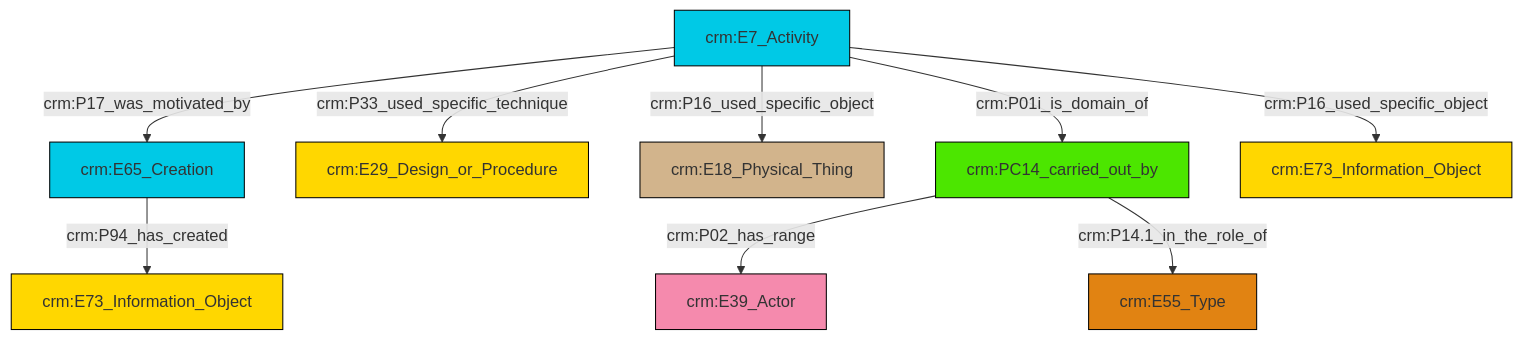
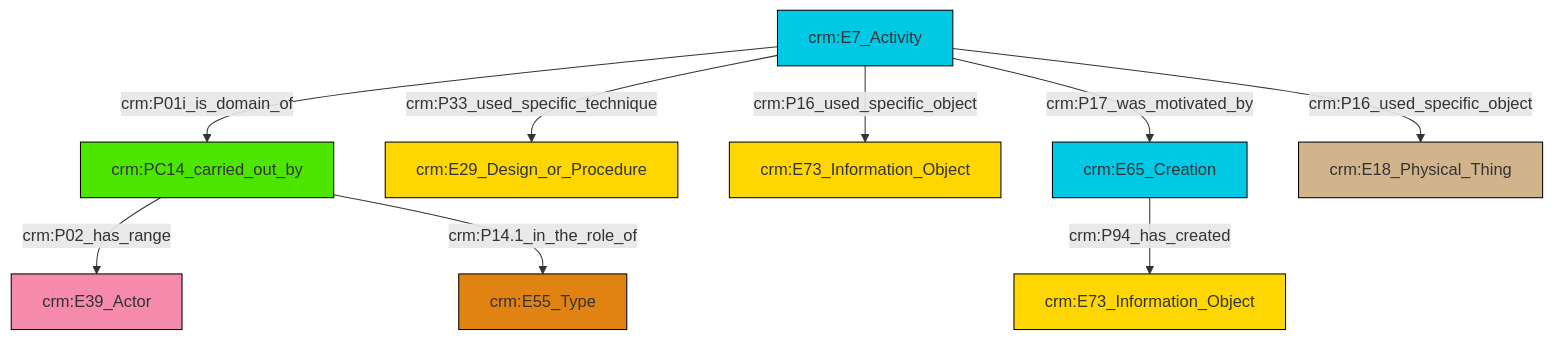
One commit to swiss-art-research-net/reference-data-models changed the diagram in et/eventCSV/ttl/mmd/event_participation.ttl.mmd. Above: the diagram before and after it, drawn with Mermaid. The commit also changed 129 other files, not shown here.

```diff
--- a/et/eventCSV/ttl/mmd/event_participation.ttl.mmd
+++ b/et/eventCSV/ttl/mmd/event_participation.ttl.mmd
@@ -1,23 +1,23 @@
 graph TD
 classDef Literal fill:#f2f2f2,stroke:#000000;
 classDef CRM_Entity fill:#FFFFFF,stroke:#000000;
 classDef Temporal_Entity fill:#00C9E6, stroke:#000000;
 classDef Type fill:#E18312, stroke:#000000;
 classDef Time-Span fill:#2C9C91, stroke:#000000;
 classDef Appellation fill:#FFEB7F, stroke:#000000;
 classDef Place fill:#008836, stroke:#000000;
 classDef Persistent_Item fill:#B266B2, stroke:#000000;
 classDef Conceptual_Object fill:#FFD700, stroke:#000000;
 classDef Physical_Thing fill:#D2B48C, stroke:#000000;
 classDef Actor fill:#f58aad, stroke:#000000;
 classDef PC_Classes fill:#4ce600, stroke:#000000;
 classDef Multi fill:#cccccc,stroke:#000000;
 
-0["crm:PC14_carried_out_by"]:::PC_Classes -->|crm:P02_has_range| 1["crm:E39_Actor"]:::Actor
-0["crm:PC14_carried_out_by"]:::PC_Classes -->|crm:P14.1_in_the_role_of| 2["crm:E55_Type"]:::Type
-6["crm:E7_Activity"]:::Temporal_Entity -->|crm:P16_used_specific_object| 7["crm:E18_Physical_Thing"]:::Physical_Thing
-6["crm:E7_Activity"]:::Temporal_Entity -->|crm:P17_was_motivated_by| 9["crm:E65_Creation"]:::Temporal_Entity
-6["crm:E7_Activity"]:::Temporal_Entity -->|crm:P33_used_specific_technique| 3["crm:E29_Design_or_Procedure"]:::Conceptual_Object
-6["crm:E7_Activity"]:::Temporal_Entity -->|crm:P01i_is_domain_of| 0["crm:PC14_carried_out_by"]:::PC_Classes
-9["crm:E65_Creation"]:::Temporal_Entity -->|crm:P94_has_created| 13["crm:E73_Information_Object"]:::Conceptual_Object
-6["crm:E7_Activity"]:::Temporal_Entity -->|crm:P16_used_specific_object| 11["crm:E73_Information_Object"]:::Conceptual_Object
+0["crm:E65_Creation"]:::Temporal_Entity -->|crm:P94_has_created| 1["crm:E73_Information_Object"]:::Conceptual_Object
+2["crm:E7_Activity"]:::Temporal_Entity -->|crm:P33_used_specific_technique| 3["crm:E29_Design_or_Procedure"]:::Conceptual_Object
+2["crm:E7_Activity"]:::Temporal_Entity -->|crm:P16_used_specific_object| 5["crm:E73_Information_Object"]:::Conceptual_Object
+2["crm:E7_Activity"]:::Temporal_Entity -->|crm:P01i_is_domain_of| 8["crm:PC14_carried_out_by"]:::PC_Classes
+8["crm:PC14_carried_out_by"]:::PC_Classes -->|crm:P02_has_range| 10["crm:E39_Actor"]:::Actor
+8["crm:PC14_carried_out_by"]:::PC_Classes -->|crm:P14.1_in_the_role_of| 16["crm:E55_Type"]:::Type
+2["crm:E7_Activity"]:::Temporal_Entity -->|crm:P17_was_motivated_by| 0["crm:E65_Creation"]:::Temporal_Entity
+2["crm:E7_Activity"]:::Temporal_Entity -->|crm:P16_used_specific_object| 12["crm:E18_Physical_Thing"]:::Physical_Thing
```
